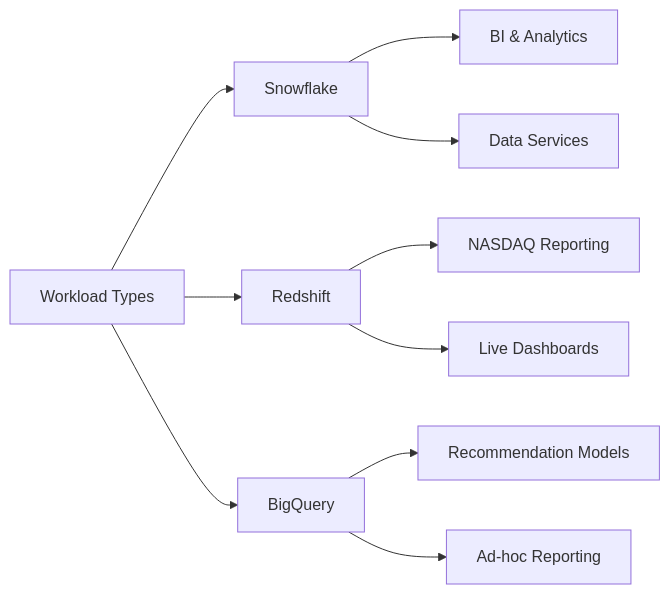
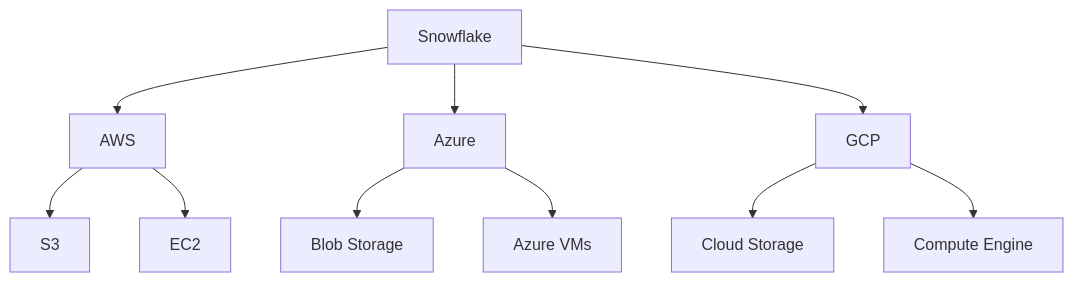
Before and after one commit to Rohanarekatla/Snowflake-Dbt-course: the eighth of 10 diagrams in Day2-15-06-25.md, drawn with Mermaid. The commit also changed other lines of this file, not shown here.

````diff
--- a/Day2-15-06-25.md
+++ b/Day2-15-06-25.md
@@ -291,15 +173,15 @@
 ```mermaid
-graph LR
-    A[Workload Types] --> B[Snowflake]
-    A --> C[Redshift]
-    A --> D[BigQuery]
+graph TD
+    A[Snowflake] --> B[AWS]
+    A --> C[Azure]
+    A --> D[GCP]
     
-    B --> B1[BI & Analytics]
-    B --> B2[Data Services]
+    B --> B1[S3]
+    B --> B2[EC2]
     
-    C --> C1[NASDAQ Reporting]
-    C --> C2[Live Dashboards]
+    C --> C1[Blob Storage]
+    C --> C2[Azure VMs]
     
-    D --> D1[Recommendation Models]
-    D --> D2[Ad-hoc Reporting]
+    D --> D1[Cloud Storage]
+    D --> D2[Compute Engine]
 ```
````
